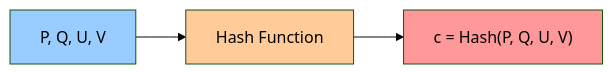
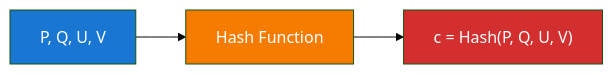
The second of 3 diagrams in packages/crypto/src/chaum-pedersen/PROTOCOL.md (teddyjfpender/starknet-kms), drawn with Mermaid (forest theme) before and after one commit. The commit also changed other lines of this file and 3 other files, not shown here.

````diff
--- a/packages/crypto/src/chaum-pedersen/PROTOCOL.md
+++ b/packages/crypto/src/chaum-pedersen/PROTOCOL.md
@@ -58,9 +58,9 @@
 ```mermaid
 graph LR
     A["P, Q, U, V"] --> B["Hash Function"]
     B --> C["c = Hash(P, Q, U, V)"]
     
-    style A fill:#99ccff
-    style B fill:#ffcc99
-    style C fill:#ff9999
+    style A fill:#1976d2,color:#fff
+    style B fill:#f57c00,color:#fff
+    style C fill:#d32f2f,color:#fff
 ```
````
